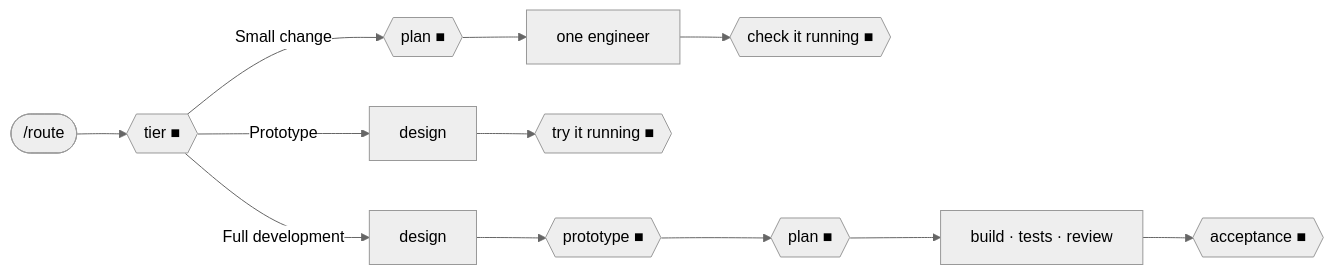
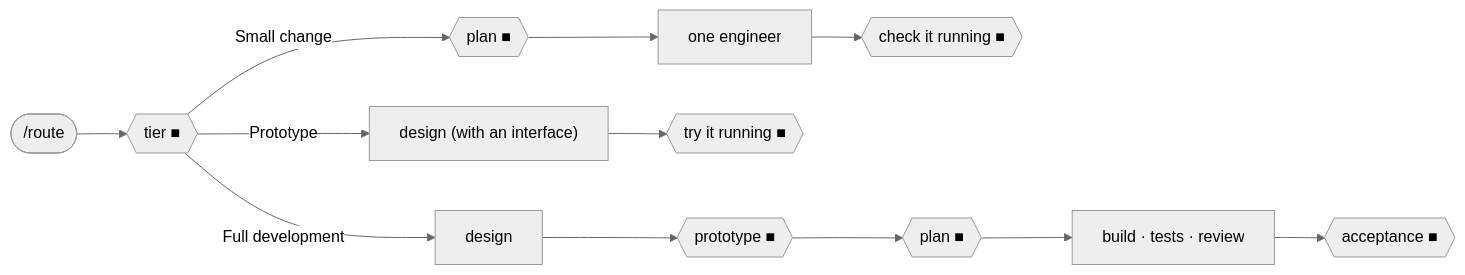
The diagram in README.md (borun-li/claude-harness), drawn with Mermaid (neutral theme) before and after one commit. The commit also changed other lines of this file, not shown here.

````diff
--- a/README.md
+++ b/README.md
@@ -17,7 +17,7 @@
 ```mermaid
 flowchart LR
   R(["/route"]) --> T{{tier ■}}
   T -- Small change --> SP{{plan ■}} --> E1[one engineer] --> A1{{check it running ■}}
-  T -- Prototype --> D1[design] --> P1{{try it running ■}}
+  T -- Prototype --> D1["design (with an interface)"] --> P1{{try it running ■}}
   T -- Full development --> D2[design] --> P2{{prototype ■}} --> PL{{plan ■}} --> B[build · tests · review] --> A2{{acceptance ■}}
 ```
````
